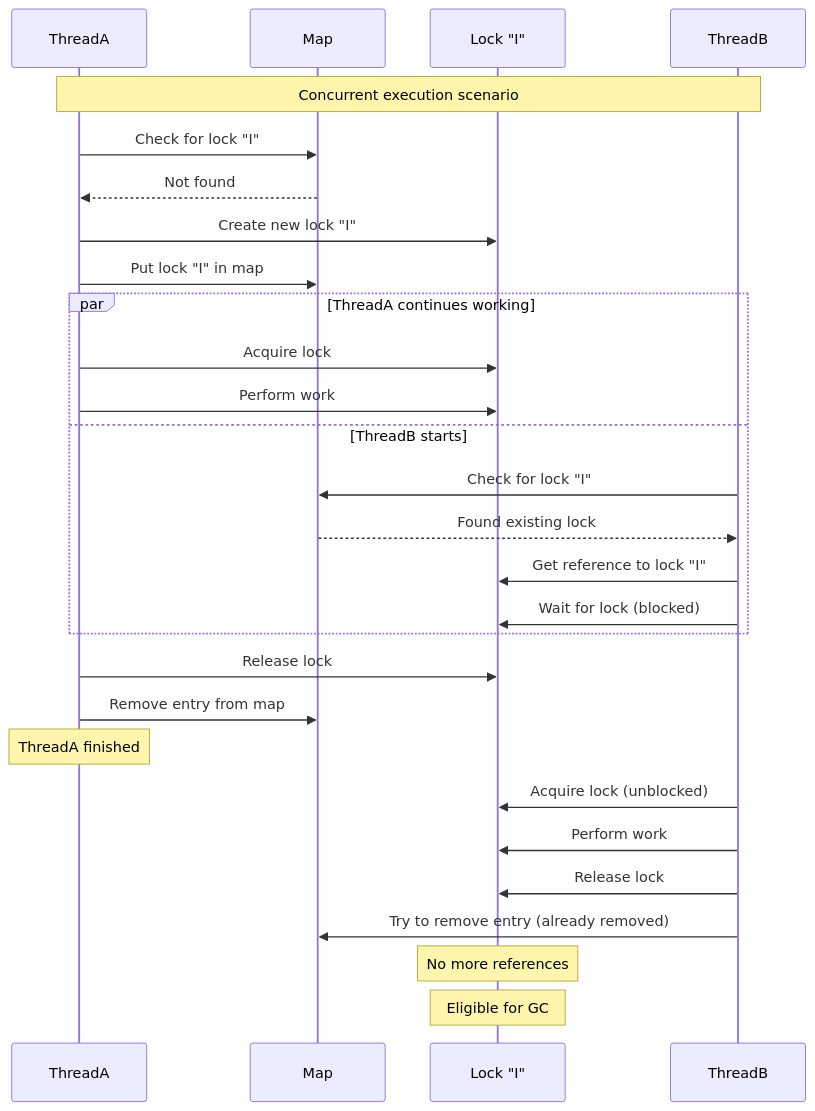
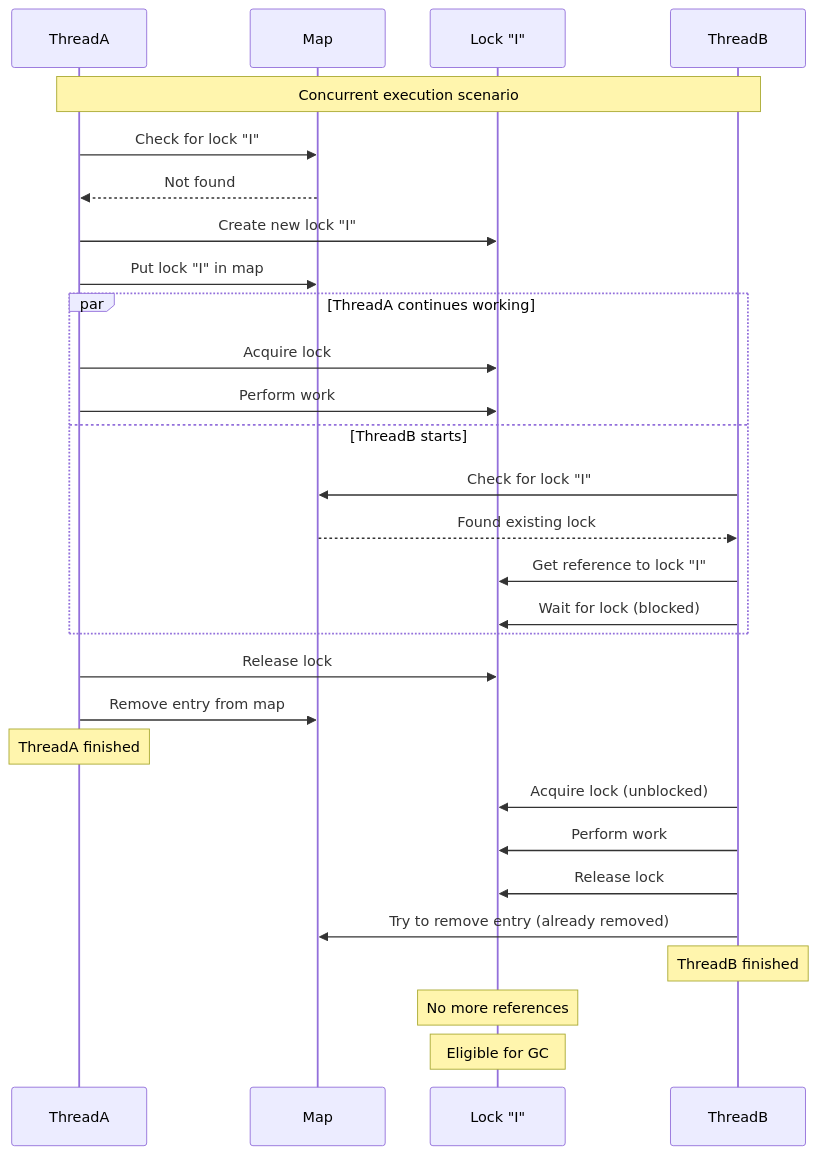
Before and after one commit to internetms52/dev-notes: the diagram in reference-chain-lock-pattern/README.md, drawn with Mermaid.

Commit message:
update
update

````diff
--- a/reference-chain-lock-pattern/README.md
+++ b/reference-chain-lock-pattern/README.md
@@ -8,35 +8,36 @@
 ```mermaid
 sequenceDiagram
     participant ThreadA
     participant Map
     participant Lock_I as Lock "I"
     participant ThreadB
 
     Note over ThreadA, ThreadB: Concurrent execution scenario
 
     ThreadA->>Map: Check for lock "I"
     Map-->>ThreadA: Not found
     ThreadA->>Lock_I: Create new lock "I"
     ThreadA->>Map: Put lock "I" in map
     
     par ThreadA continues working
         ThreadA->>Lock_I: Acquire lock
         ThreadA->>Lock_I: Perform work
     and ThreadB starts
         ThreadB->>Map: Check for lock "I"
         Map-->>ThreadB: Found existing lock
         ThreadB->>Lock_I: Get reference to lock "I"
         ThreadB->>Lock_I: Wait for lock (blocked)
     end
     
     ThreadA->>Lock_I: Release lock
     ThreadA->>Map: Remove entry from map
     Note over ThreadA: ThreadA finished
     
     ThreadB->>Lock_I: Acquire lock (unblocked)
     ThreadB->>Lock_I: Perform work
     ThreadB->>Lock_I: Release lock
     ThreadB->>Map: Try to remove entry (already removed)
+    Note over ThreadB: ThreadB finished
     Note over Lock_I: No more references
     Note over Lock_I: Eligible for GC
 ```
````
